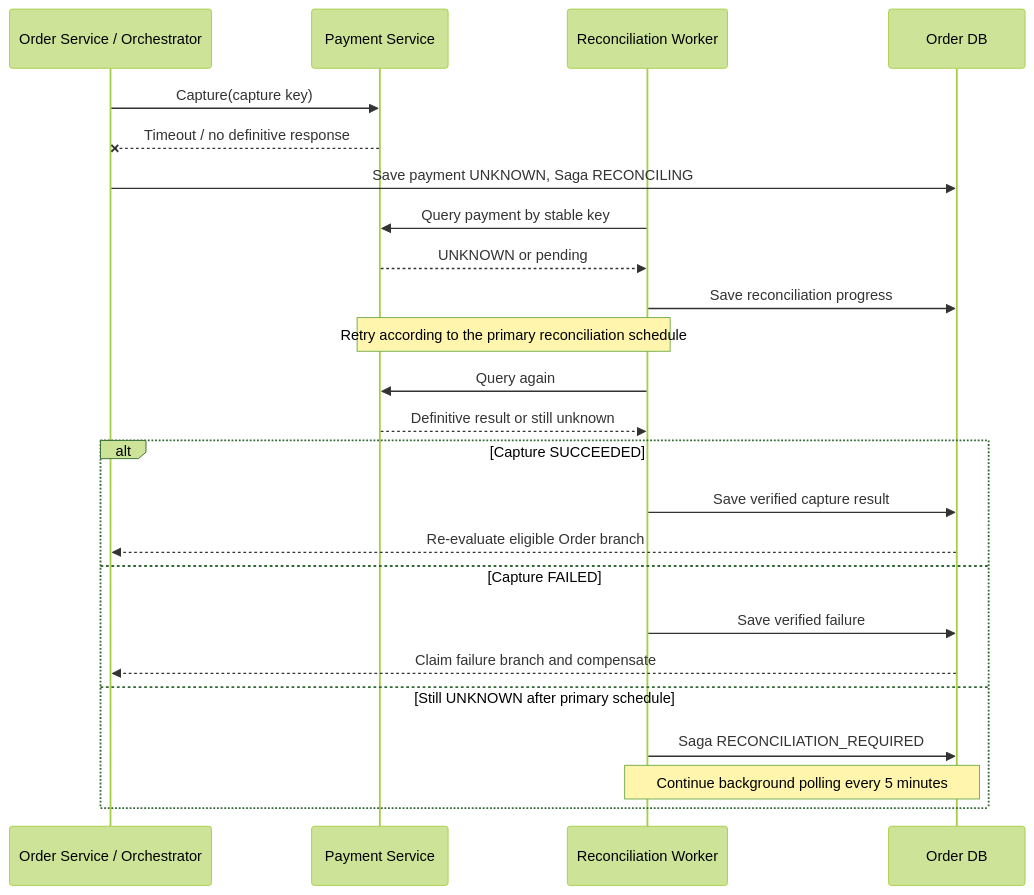
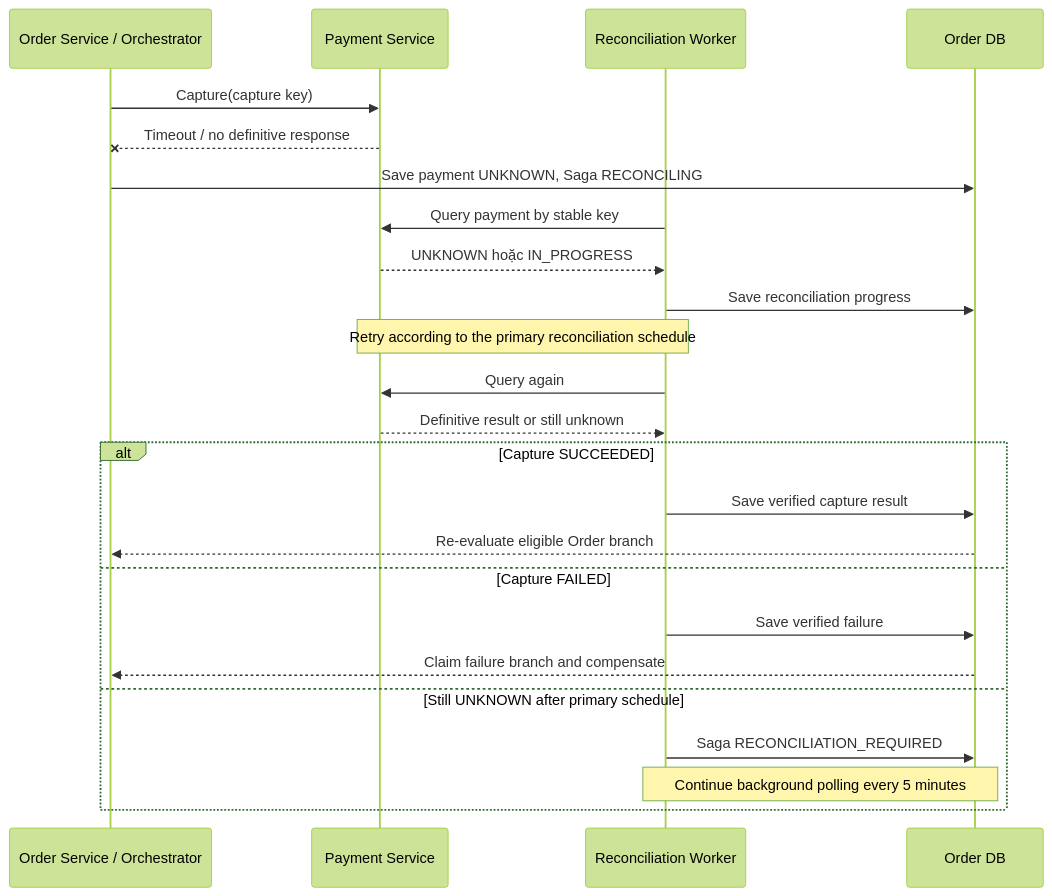
Before and after one commit to nguyenthihuyenlinh236/SE2026-T02-Resilient-Order-Workflow: the fifth of 5 diagrams in docs/architecture/10-saga-workflow-and-compensation.md, drawn with Mermaid (forest theme). The commit also changed other lines of this file, not shown here.

````diff
--- a/docs/architecture/10-saga-workflow-and-compensation.md
+++ b/docs/architecture/10-saga-workflow-and-compensation.md
@@ -411,27 +411,27 @@
 ```mermaid
 sequenceDiagram
     participant O as Order Service / Orchestrator
     participant P as Payment Service
     participant R as Reconciliation Worker
     participant DB as Order DB
 
     O->>P: Capture(capture key)
     P--xO: Timeout / no definitive response
     O->>DB: Save payment UNKNOWN, Saga RECONCILING
     R->>P: Query payment by stable key
-    P-->>R: UNKNOWN or pending
+    P-->>R: UNKNOWN hoặc IN_PROGRESS
     R->>DB: Save reconciliation progress
     Note over R,P: Retry according to the primary reconciliation schedule
     R->>P: Query again
     P-->>R: Definitive result or still unknown
     alt Capture SUCCEEDED
         R->>DB: Save verified capture result
         DB-->>O: Re-evaluate eligible Order branch
     else Capture FAILED
         R->>DB: Save verified failure
         DB-->>O: Claim failure branch and compensate
     else Still UNKNOWN after primary schedule
         R->>DB: Saga RECONCILIATION_REQUIRED
         Note over R,DB: Continue background polling every 5 minutes
     end
 ```
````
